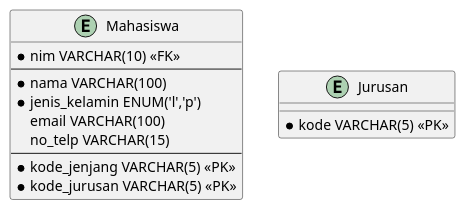
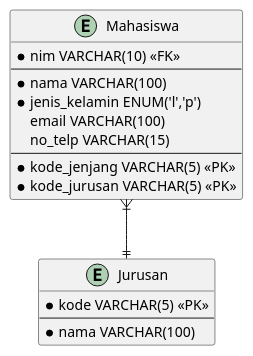
One commit to fajar-ab/pemrograman-web-dua-scmp changed the diagram in tugas-01/database/tabel_relasi.plantuml. Above: the diagram before and after it, drawn with PlantUML. The commit also changed 1 other file, not shown here.

```diff
--- a/tugas-01/database/tabel_relasi.plantuml
+++ b/tugas-01/database/tabel_relasi.plantuml
@@ -1,20 +1,23 @@
 @startuml
 
 entity Mahasiswa {
   * nim VARCHAR(10) <<FK>>
   ---
   * nama VARCHAR(100)
   * jenis_kelamin ENUM('l','p')
   email VARCHAR(100)
   no_telp VARCHAR(15)
   ---
   * kode_jenjang VARCHAR(5) <<PK>>
   * kode_jurusan VARCHAR(5) <<PK>>
 }
 
 entity Jurusan {
   * kode VARCHAR(5) <<PK>>
-
+  --
+  * nama VARCHAR(100)
 }
 
+Mahasiswa }|--|| Jurusan
+
 @enduml
```
